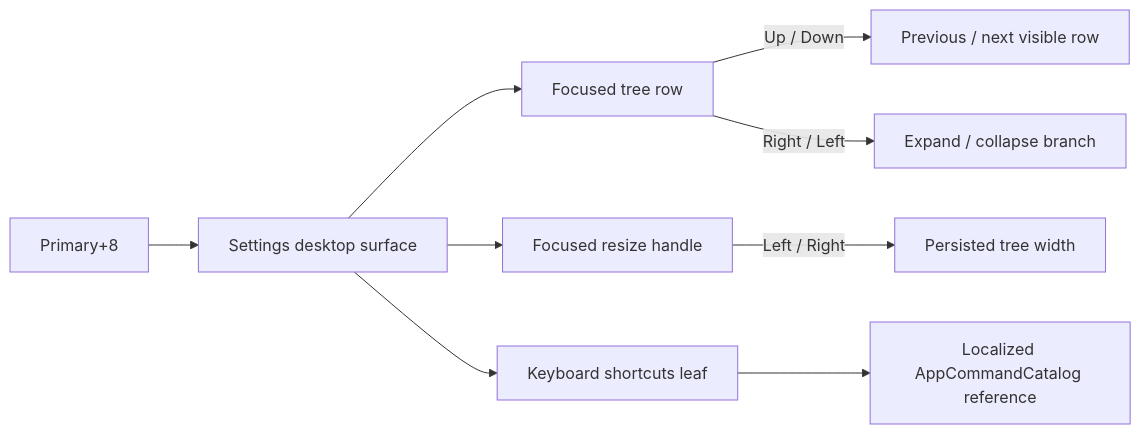
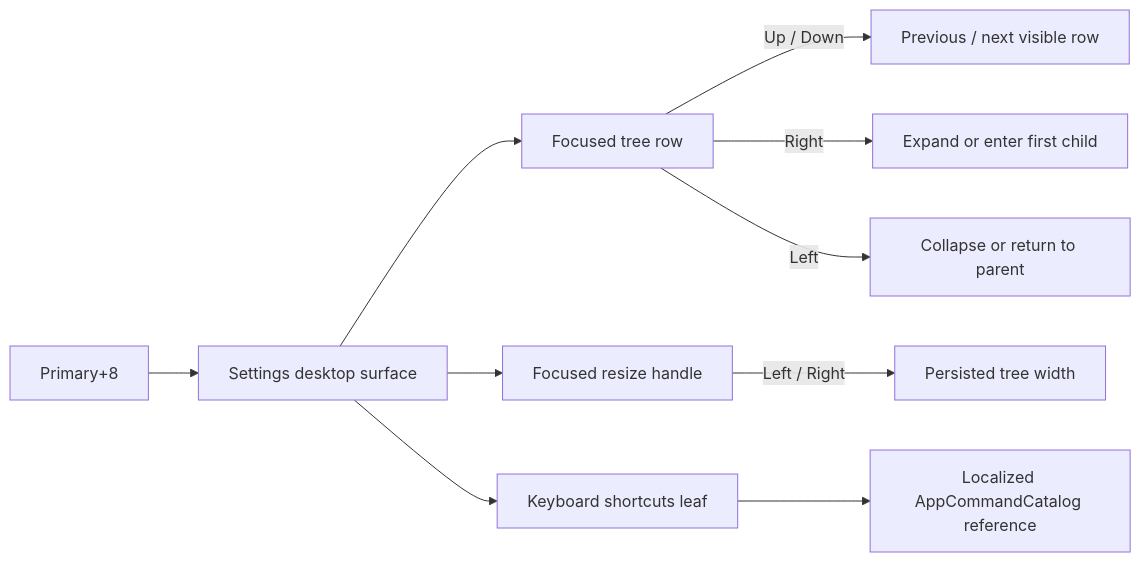
One commit to matthiasn/lotti changed the third of 3 diagrams in lib/features/settings_v2/README.md. Above: the diagram before and after it, drawn with Mermaid. The commit also changed other lines of this file and 5 other files, not shown here.

````diff
--- a/lib/features/settings_v2/README.md
+++ b/lib/features/settings_v2/README.md
@@ -256,11 +258,12 @@
 ```mermaid
 flowchart LR
   Global[Primary+8] --> Settings[Settings desktop surface]
   Settings --> Tree[Focused tree row]
   Tree -->|Up / Down| Sibling[Previous / next visible row]
-  Tree -->|Right / Left| Branch[Expand / collapse branch]
+  Tree -->|Right| Child[Expand or enter first child]
+  Tree -->|Left| Parent[Collapse or return to parent]
   Settings --> Handle[Focused resize handle]
   Handle -->|Left / Right| Width[Persisted tree width]
   Settings --> Help[Keyboard shortcuts leaf]
   Help --> Catalog[Localized AppCommandCatalog reference]
 ```
````
